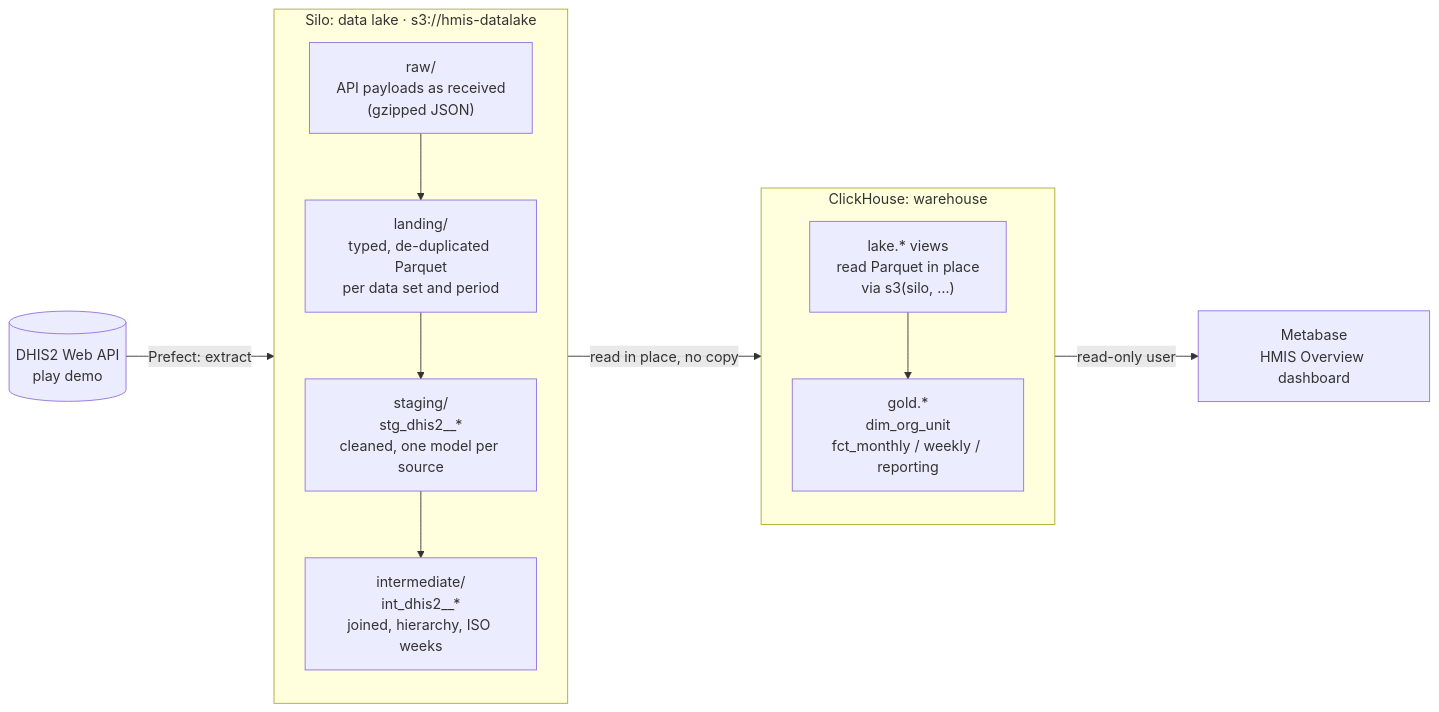
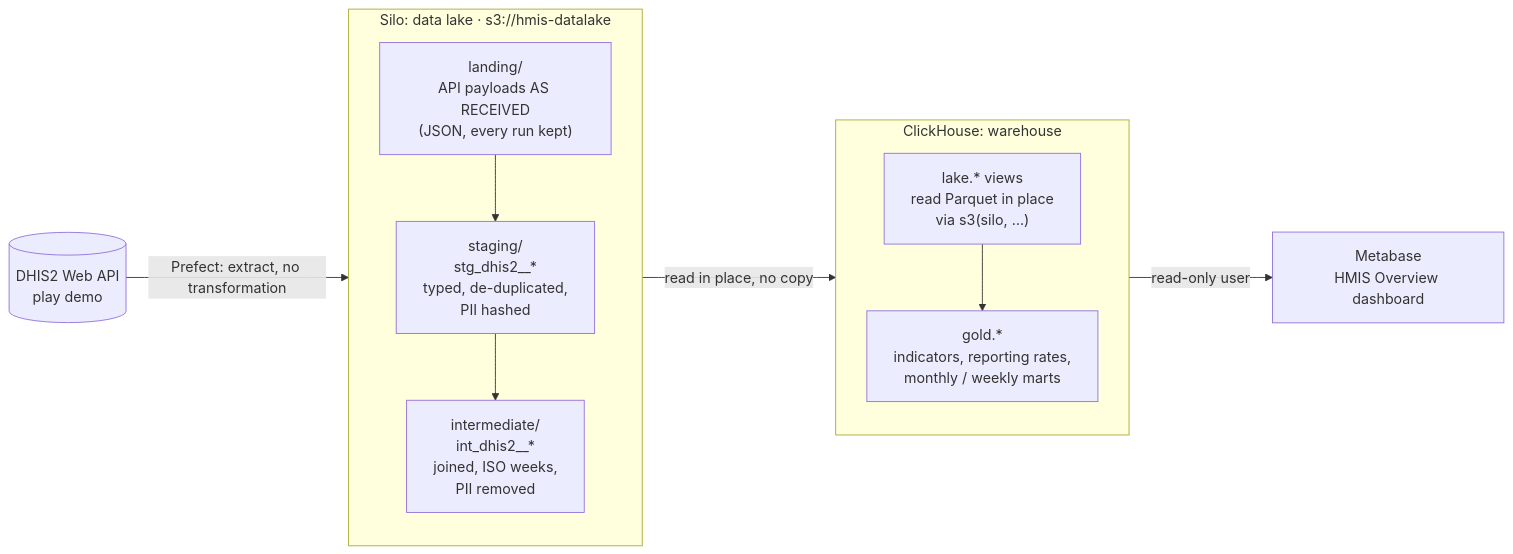
Before and after one commit to mkwarah/hmis_ingestion: the first of 2 diagrams in README.md, drawn with Mermaid. The commit also changed other lines of this file and 33 other files, not shown here.

````diff
--- a/README.md
+++ b/README.md
@@ -17,26 +19,25 @@
 ```mermaid
 flowchart LR
     DHIS2[("DHIS2 Web API<br/>play demo")]
 
     subgraph LAKE["Silo: data lake · s3://hmis-datalake"]
         direction TB
-        RAW["raw/<br/>API payloads as received<br/>(gzipped JSON)"]
-        LAND["landing/<br/>typed, de-duplicated Parquet<br/>per data set and period"]
-        STG["staging/<br/>stg_dhis2__*<br/>cleaned, one model per source"]
-        INT["intermediate/<br/>int_dhis2__*<br/>joined, hierarchy, ISO weeks"]
-        RAW --> LAND --> STG --> INT
+        LAND["landing/<br/>API payloads AS RECEIVED<br/>(JSON, every run kept)"]
+        STG["staging/<br/>stg_dhis2__*<br/>typed, de-duplicated,<br/>PII hashed"]
+        INT["intermediate/<br/>int_dhis2__*<br/>joined, ISO weeks,<br/>PII removed"]
+        LAND --> STG --> INT
     end
 
     subgraph WH["ClickHouse: warehouse"]
         direction TB
         LV["lake.* views<br/>read Parquet in place<br/>via s3(silo, …)"]
-        GOLD["gold.*<br/>dim_org_unit<br/>fct_monthly / weekly / reporting"]
+        GOLD["gold.*<br/>indicators, reporting rates,<br/>monthly / weekly marts"]
         LV --> GOLD
     end
 
     MB["Metabase<br/>HMIS Overview dashboard"]
 
-    DHIS2 -->|"Prefect: extract"| RAW
+    DHIS2 -->|"Prefect: extract, no transformation"| LAND
     INT -->|"read in place, no copy"| LV
     GOLD -->|"read-only user"| MB
 ```
````
